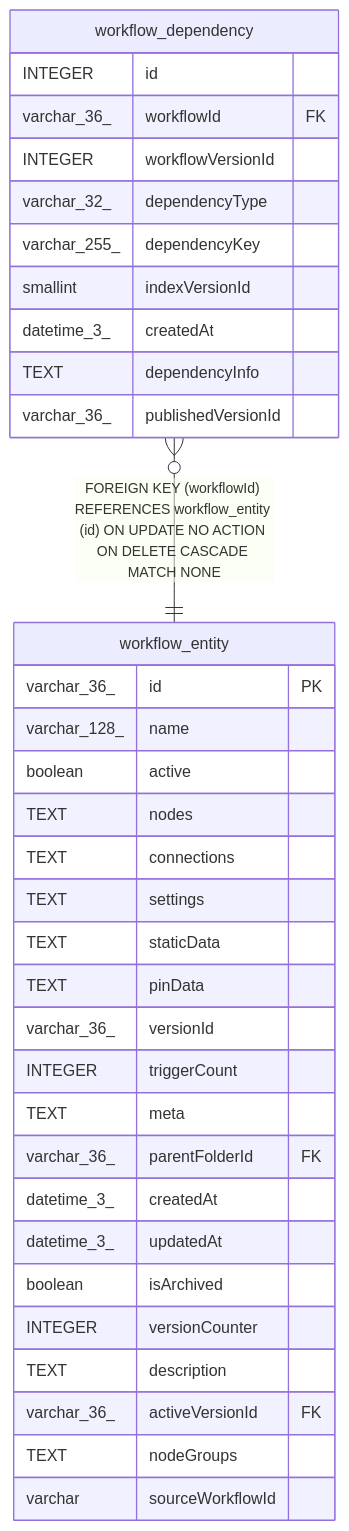
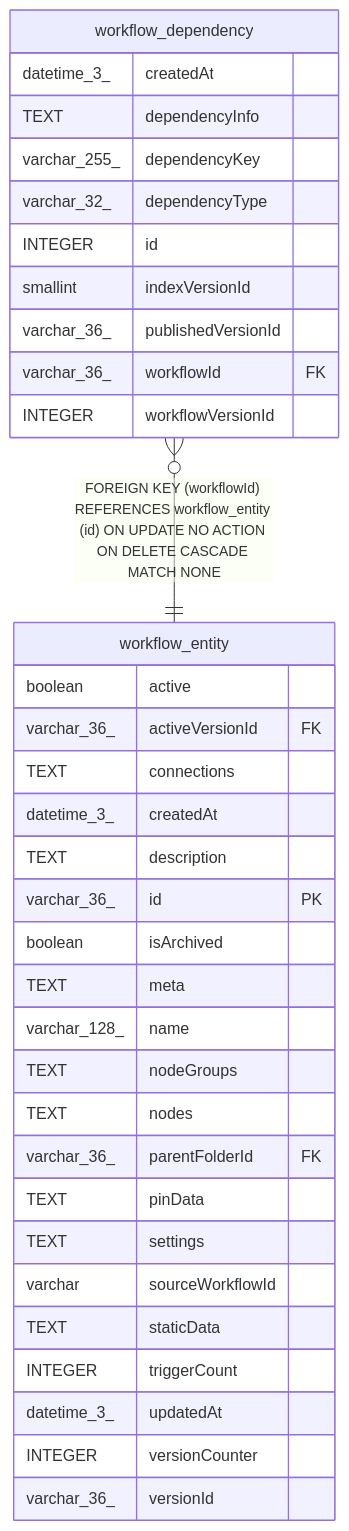
The diagram in docs/generated/sqlite-schema/workflow_dependency.md (mayankjain1815-commits/n8n), drawn with Mermaid before and after one commit. The commit also changed other lines of this file and 221 other files, not shown here.

Commit message:
chore(core): Make DB schema docs generation deterministic (#32373)

````diff
--- a/docs/generated/sqlite-schema/workflow_dependency.md
+++ b/docs/generated/sqlite-schema/workflow_dependency.md
@@ -46,39 +46,39 @@
 ```mermaid
 erDiagram
 
 "workflow_dependency" }o--|| "workflow_entity" : "FOREIGN KEY (workflowId) REFERENCES workflow_entity (id) ON UPDATE NO ACTION ON DELETE CASCADE MATCH NONE"
 
 "workflow_dependency" {
+  datetime_3_ createdAt
+  TEXT dependencyInfo
+  varchar_255_ dependencyKey
+  varchar_32_ dependencyType
   INTEGER id
+  smallint indexVersionId
+  varchar_36_ publishedVersionId
   varchar_36_ workflowId FK
   INTEGER workflowVersionId
-  varchar_32_ dependencyType
-  varchar_255_ dependencyKey
-  smallint indexVersionId
-  datetime_3_ createdAt
-  TEXT dependencyInfo
-  varchar_36_ publishedVersionId
 }
 "workflow_entity" {
+  boolean active
+  varchar_36_ activeVersionId FK
+  TEXT connections
+  datetime_3_ createdAt
+  TEXT description
   varchar_36_ id PK
+  boolean isArchived
+  TEXT meta
   varchar_128_ name
-  boolean active
+  TEXT nodeGroups
   TEXT nodes
-  TEXT connections
+  varchar_36_ parentFolderId FK
+  TEXT pinData
   TEXT settings
+  varchar sourceWorkflowId
   TEXT staticData
-  TEXT pinData
+  INTEGER triggerCount
+  datetime_3_ updatedAt
+  INTEGER versionCounter
   varchar_36_ versionId
-  INTEGER triggerCount
-  TEXT meta
-  varchar_36_ parentFolderId FK
-  datetime_3_ createdAt
-  datetime_3_ updatedAt
-  boolean isArchived
-  INTEGER versionCounter
-  TEXT description
-  varchar_36_ activeVersionId FK
-  TEXT nodeGroups
-  varchar sourceWorkflowId
 }
 ```
````
